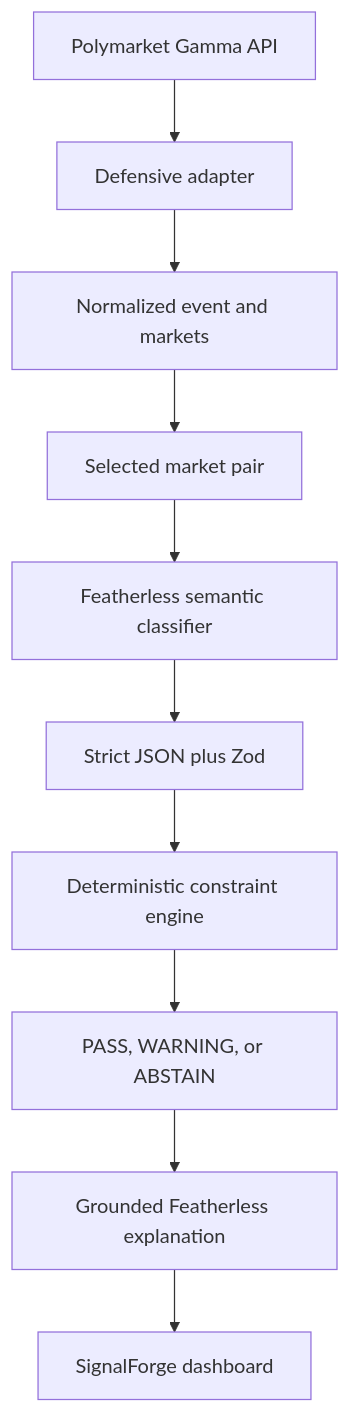
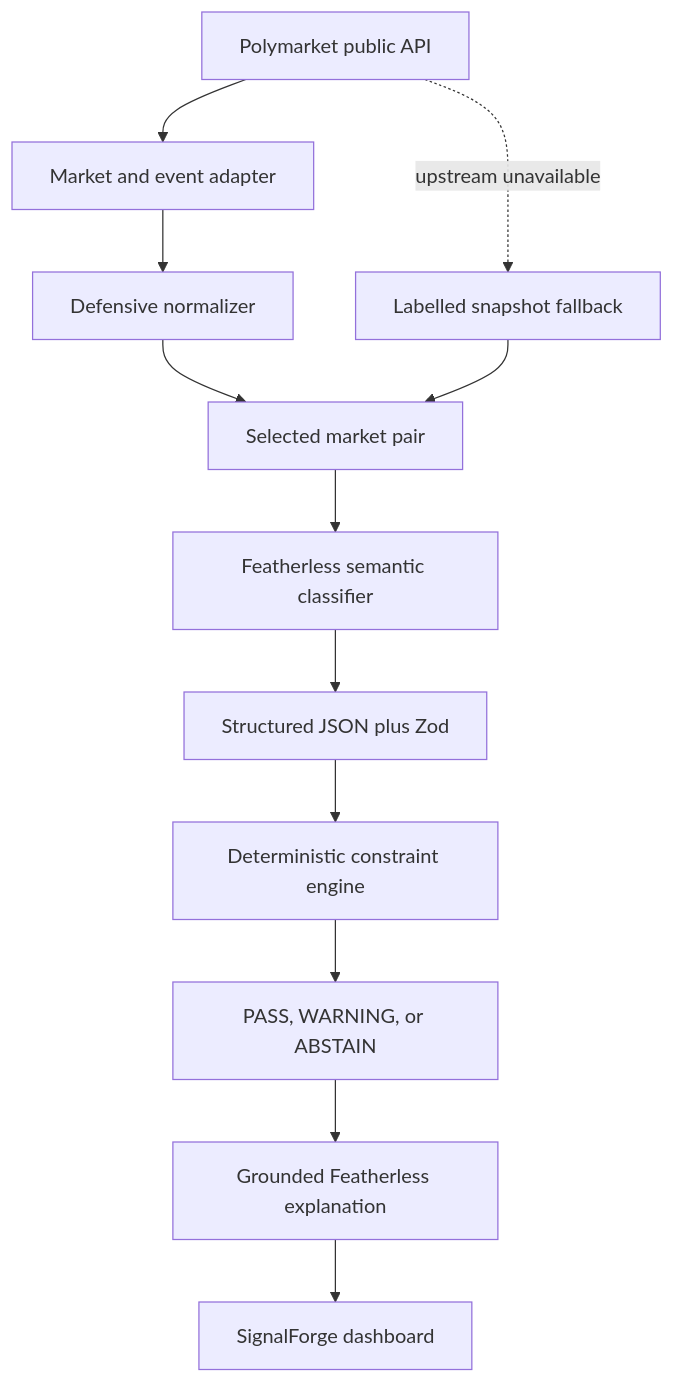
Before and after one commit to Takzin1/SignalForge: the diagram in README.md, drawn with Mermaid. The commit also changed other lines of this file and 4 other files, not shown here.

````diff
--- a/README.md
+++ b/README.md
@@ -38,12 +42,14 @@
 ```mermaid
 flowchart TD
-    A[Polymarket Gamma API] --> B[Defensive adapter]
-    B --> C[Normalized event and markets]
+    A[Polymarket public API] --> B[Market and event adapter]
+    B --> C[Defensive normalizer]
     C --> D[Selected market pair]
+    A -. upstream unavailable .-> S[Labelled snapshot fallback]
+    S --> D
     D --> E[Featherless semantic classifier]
-    E --> F[Strict JSON plus Zod]
+    E --> F[Structured JSON plus Zod]
     F --> G[Deterministic constraint engine]
     G --> H[PASS, WARNING, or ABSTAIN]
     H --> I[Grounded Featherless explanation]
     I --> J[SignalForge dashboard]
 ```
````
